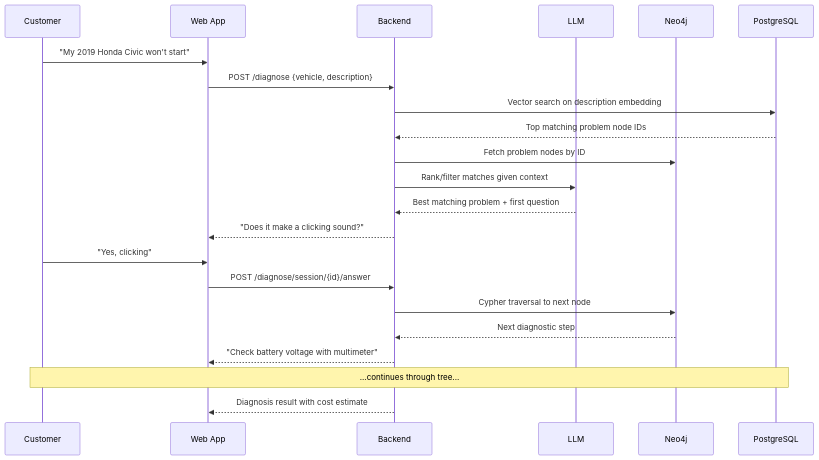
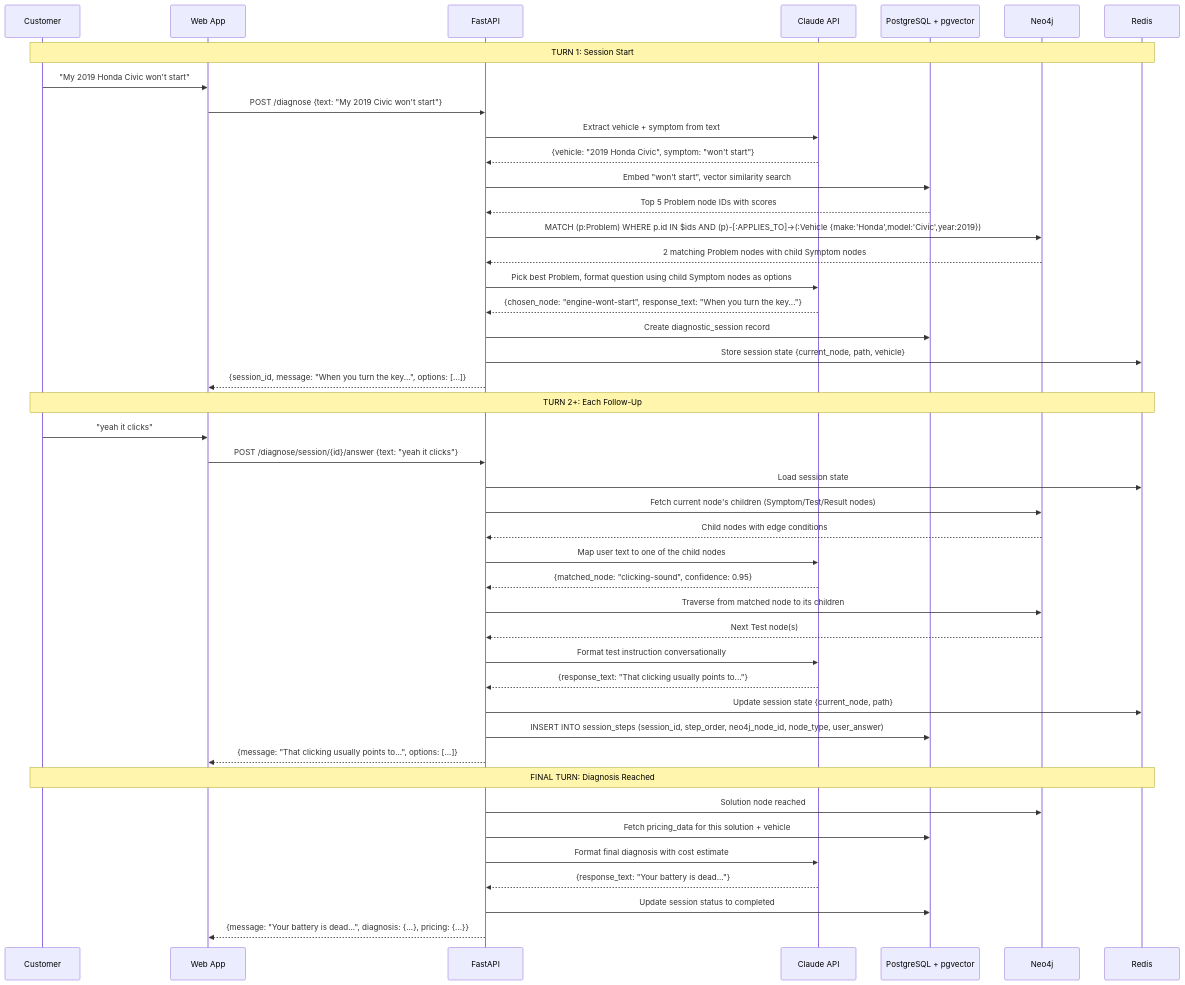
Before and after one commit to vjeeva/connected-diagnostics: diagram 11 of 15 in .cursor/plans/diagnostic_knowledge_system_c18065b2.plan.md, drawn with Mermaid. The commit also changed other lines of this file, not shown here.

````diff
--- a/.cursor/plans/diagnostic_knowledge_system_c18065b2.plan.md
+++ b/.cursor/plans/diagnostic_knowledge_system_c18065b2.plan.md
@@ -576,28 +878,62 @@
 ```mermaid
 sequenceDiagram
     participant C as Customer
     participant App as Web App
-    participant API as Backend
-    participant LLM as LLM
+    participant API as FastAPI
+    participant LLM as Claude API
+    participant PG as PostgreSQL + pgvector
     participant Neo as Neo4j
-    participant PG as PostgreSQL
+    participant Cache as Redis
+
+    Note over C,Cache: TURN 1: Session Start
 
     C->>App: "My 2019 Honda Civic won't start"
-    App->>API: POST /diagnose {vehicle, description}
-    API->>PG: Vector search on description embedding
-    PG-->>API: Top matching problem node IDs
-    API->>Neo: Fetch problem nodes by ID
-    API->>LLM: Rank/filter matches given context
-    LLM-->>API: Best matching problem + first question
-    API-->>App: "Does it make a clicking sound?"
+    App->>API: POST /diagnose {text: "My 2019 Civic won't start"}
 
-    C->>App: "Yes, clicking"
-    App->>API: POST /diagnose/session/{id}/answer
-    API->>Neo: Cypher traversal to next node
-    Neo-->>API: Next diagnostic step
-    API-->>App: "Check battery voltage with multimeter"
+    API->>LLM: Extract vehicle + symptom from text
+    LLM-->>API: {vehicle: "2019 Honda Civic", symptom: "won't start"}
 
-    Note over C,PG: ...continues through tree...
+    API->>PG: Embed "won't start", vector similarity search
+    PG-->>API: Top 5 Problem node IDs with scores
 
-    API-->>App: Diagnosis result with cost estimate
+    API->>Neo: MATCH (p:Problem) WHERE p.id IN $ids AND (p)-[:APPLIES_TO]->(:Vehicle {make:'Honda',model:'Civic',year:2019})
+    Neo-->>API: 2 matching Problem nodes with child Symptom nodes
+
+    API->>LLM: Pick best Problem, format question using child Symptom nodes as options
+    LLM-->>API: {chosen_node: "engine-wont-start", response_text: "When you turn the key..."}
+
+    API->>PG: Create diagnostic_session record
+    API->>Cache: Store session state {current_node, path, vehicle}
+    API-->>App: {session_id, message: "When you turn the key...", options: [...]}
+
+    Note over C,Cache: TURN 2+: Each Follow-Up
+
+    C->>App: "yeah it clicks"
+    App->>API: POST /diagnose/session/{id}/answer {text: "yeah it clicks"}
+
+    API->>Cache: Load session state
+    API->>Neo: Fetch current node's children (Symptom/Test/Result nodes)
+    Neo-->>API: Child nodes with edge conditions
+
+    API->>LLM: Map user text to one of the child nodes
+    LLM-->>API: {matched_node: "clicking-sound", confidence: 0.95}
+
+    API->>Neo: Traverse from matched node to its children
+    Neo-->>API: Next Test node(s)
+
+    API->>LLM: Format test instruction conversationally
+    LLM-->>API: {response_text: "That clicking usually points to..."}
+
+    API->>Cache: Update session state {current_node, path}
+    API->>PG: INSERT INTO session_steps (session_id, step_order, neo4j_node_id, node_type, user_answer)
+    API-->>App: {message: "That clicking usually points to...", options: [...]}
+
+    Note over C,Cache: FINAL TURN: Diagnosis Reached
+
+    API->>Neo: Solution node reached
+    API->>PG: Fetch pricing_data for this solution + vehicle
+    API->>LLM: Format final diagnosis with cost estimate
+    LLM-->>API: {response_text: "Your battery is dead..."}
+    API->>PG: Update session status to completed
+    API-->>App: {message: "Your battery is dead...", diagnosis: {...}, pricing: {...}}
 ```
````
